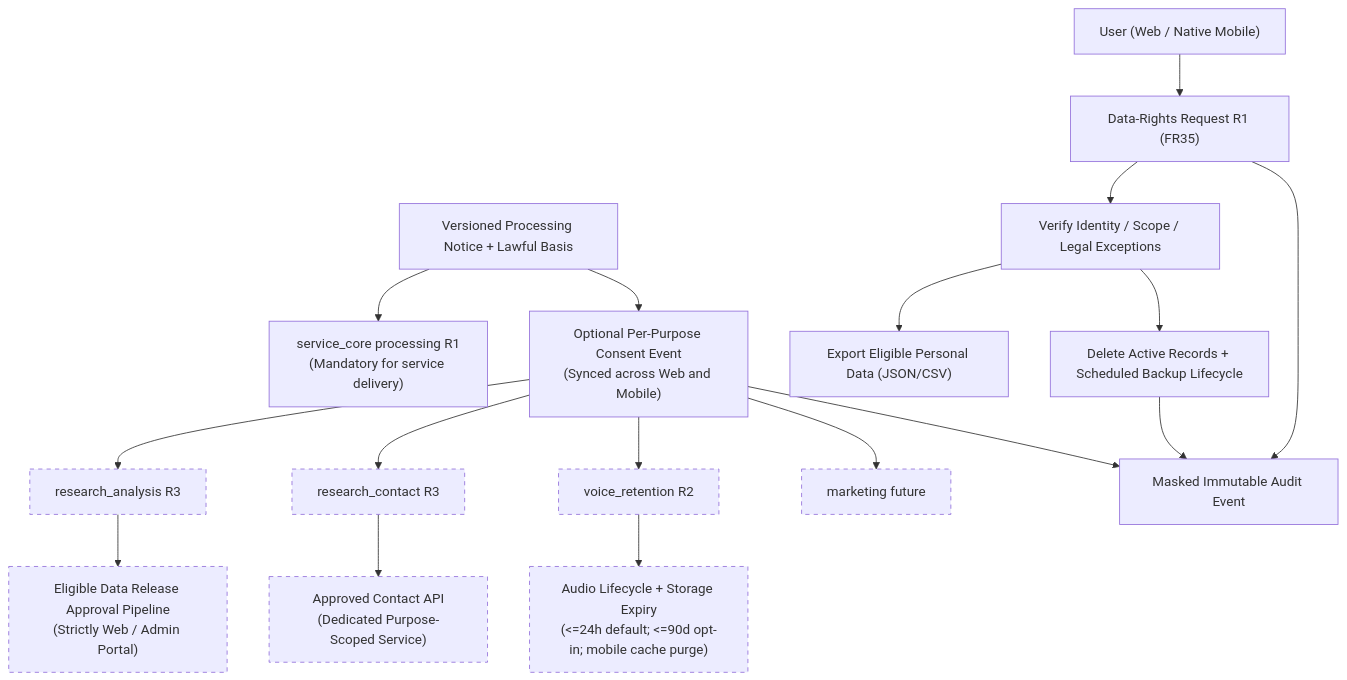
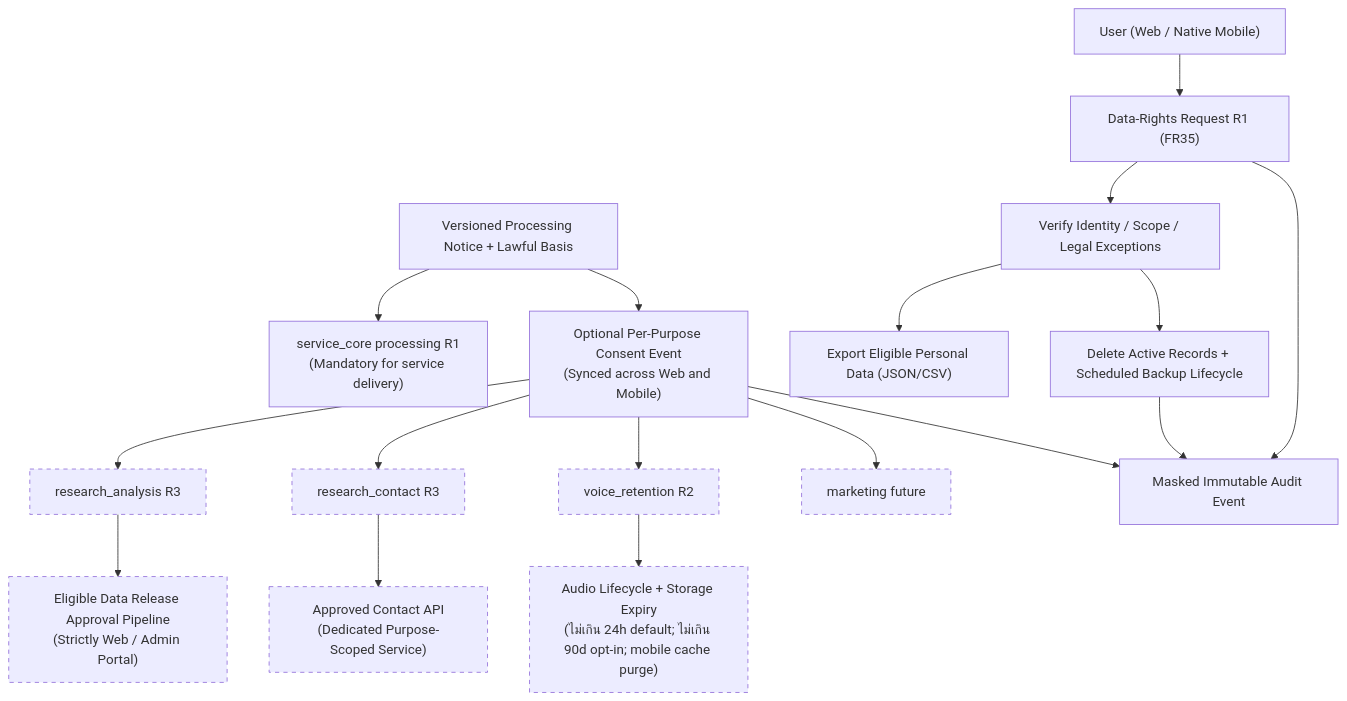
Before and after one commit to Phoomss/interviewx-datahub: the tenth of 19 diagrams in docs-interviex/03_SRS_Requirements/archive/v1.1_en_draft/ALL_DIAGRAMS_v1.1_DRAFT.md, drawn with Mermaid. The commit also changed other lines of this file and 21 other files, not shown here.

Commit message:
fix error Unable to render rich display for all diagram

````diff
--- a/docs-interviex/03_SRS_Requirements/archive/v1.1_en_draft/ALL_DIAGRAMS_v1.1_DRAFT.md
+++ b/docs-interviex/03_SRS_Requirements/archive/v1.1_en_draft/ALL_DIAGRAMS_v1.1_DRAFT.md
@@ -501,25 +501,25 @@
 ```mermaid
 flowchart TB
- Notice["Versioned Processing Notice + Lawful Basis"] --> Core["service_core processing R1\n(Mandatory for service delivery)"]
- Notice --> Choices["Optional Per-Purpose Consent Event\n(Synced across Web and Mobile)"]
+ Notice["Versioned Processing Notice + Lawful Basis"] --> Core["service_core processing R1<br/>(Mandatory for service delivery)"]
+ Notice --> Choices["Optional Per-Purpose Consent Event<br/>(Synced across Web and Mobile)"]
  Choices --> Analysis["research_analysis R3"]
  Choices --> Contact["research_contact R3"]
  Choices --> Voice["voice_retention R2"]
  Choices --> Marketing["marketing future"]
 
- Analysis --> Release["Eligible Data Release Approval Pipeline\n(Strictly Web / Admin Portal)"]
- Contact --> ContactService["Approved Contact API\n(Dedicated Purpose-Scoped Service)"]
- Voice --> AudioPolicy["Audio Lifecycle + Storage Expiry\n(<=24h default; <=90d opt-in; mobile cache purge)"]
+ Analysis --> Release["Eligible Data Release Approval Pipeline<br/>(Strictly Web / Admin Portal)"]
+ Contact --> ContactService["Approved Contact API<br/>(Dedicated Purpose-Scoped Service)"]
+ Voice --> AudioPolicy["Audio Lifecycle + Storage Expiry<br/>(ไม่เกิน 24h default; ไม่เกิน 90d opt-in; mobile cache purge)"]
 
  User["User (Web / Native Mobile)"] --> Request["Data-Rights Request R1 (FR35)"]
  Request --> Verify["Verify Identity / Scope / Legal Exceptions"]
  Verify --> Export["Export Eligible Personal Data (JSON/CSV)"]
  Verify --> Erase["Delete Active Records + Scheduled Backup Lifecycle"]
 
  Erase --> Audit["Masked Immutable Audit Event"]
  Request --> Audit
  Choices --> Audit
 
  classDef future stroke-dasharray:5 5
  class Analysis,Contact,Voice,Marketing,Release,ContactService,AudioPolicy future
 ```
````
